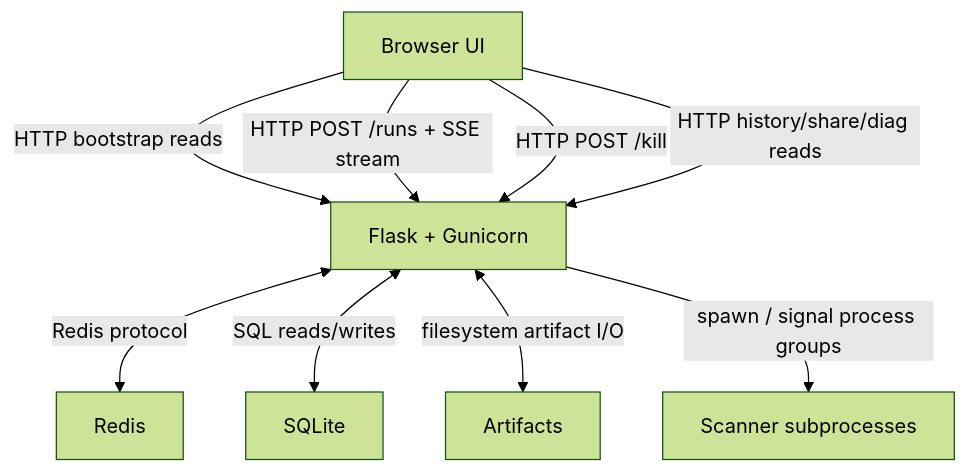
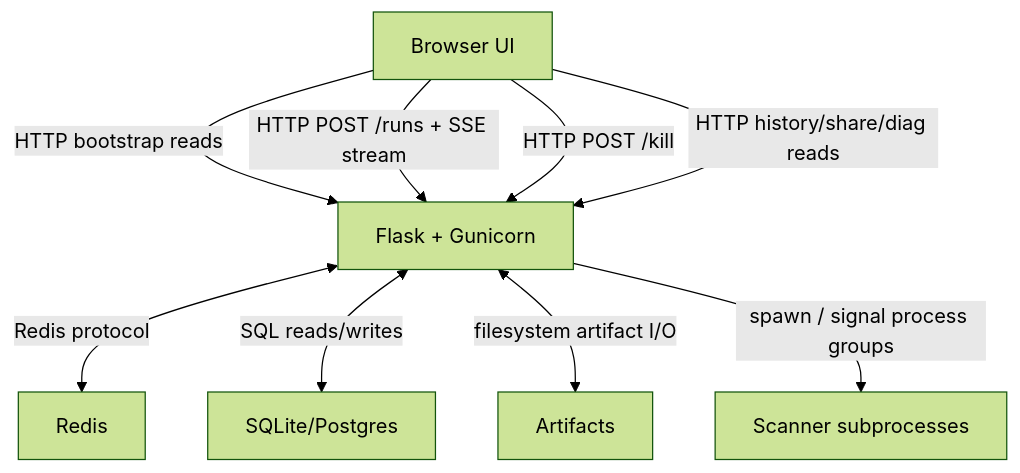
Before and after one commit to darklab-sh/darklab-shell: the second of 10 diagrams in ARCHITECTURE.md, drawn with Mermaid (forest theme). The commit also changed other lines of this file and 38 other files, not shown here.

````diff
--- a/ARCHITECTURE.md
+++ b/ARCHITECTURE.md
@@ -106,19 +106,19 @@
 ```mermaid
 flowchart TB
   Browser["Browser UI"]
   Flask["Flask + Gunicorn"]
   Redis["Redis"]
-  SQLite["SQLite"]
+  Database["SQLite/Postgres"]
   Artifacts["Artifacts"]
   Scanner["Scanner subprocesses"]
 
   Browser -->|HTTP bootstrap reads| Flask
   Browser -->|HTTP POST /runs + SSE stream| Flask
   Browser -->|HTTP POST /kill| Flask
   Browser -->|HTTP history/share/diag reads| Flask
 
   Flask <--> |Redis protocol| Redis
-  Flask <--> |SQL reads/writes| SQLite
+  Flask <--> |SQL reads/writes| Database
   Flask <--> |filesystem artifact I/O| Artifacts
   Flask -->|spawn / signal process groups| Scanner
 ```
````
